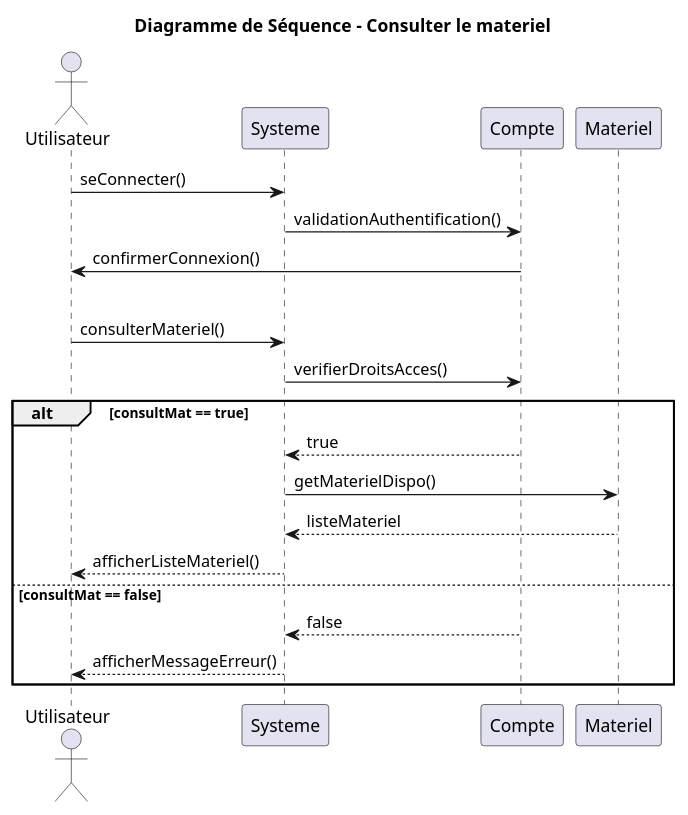
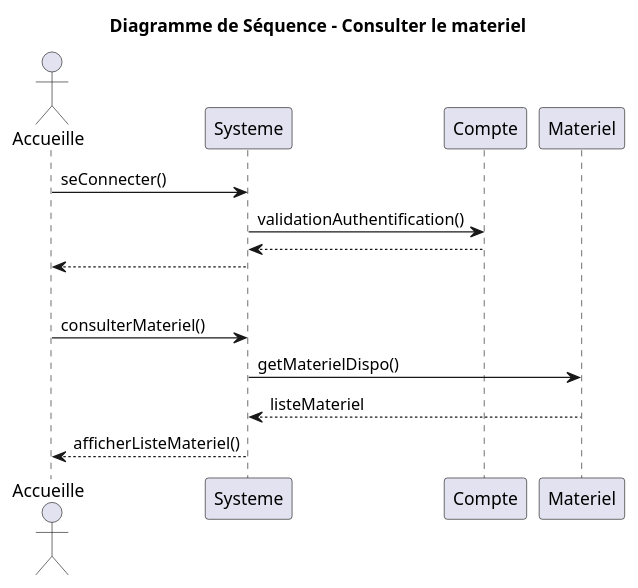
Before and after one commit to Egario54/ProjetClubNautique: the diagram in UML/Diagramme_sequence_consulter_materiel.puml, drawn with PlantUML. The commit also changed 15 other files, not shown here.

Commit message:
amélioration du diagramme de use case

```diff
--- a/UML/Diagramme_sequence_consulter_materiel.puml
+++ b/UML/Diagramme_sequence_consulter_materiel.puml
@@ -1,31 +1,25 @@
 @startuml
 title Diagramme de Séquence - Consulter le materiel
-actor Utilisateur
+actor Accueille
 participant Systeme
 participant Compte
 participant Materiel
 
 
 
 'Connexion à un compte'
-Utilisateur -> Systeme: seConnecter()
+Accueille -> Systeme: seConnecter()
 Systeme -> Compte: validationAuthentification()
-Compte -> Utilisateur: confirmerConnexion()
+return
+Systeme --> Accueille
 
 'Séparation'
 |||
 
-'Utilisateur consulte le matériel'
-Utilisateur -> Systeme : consulterMateriel()
-Systeme -> Compte : verifierDroitsAcces()
-alt consultMat == true
-    Compte --> Systeme : true
+'Accueille consulte le matériel'
+Accueille -> Systeme : consulterMateriel()
     Systeme -> Materiel : getMaterielDispo()
     Materiel --> Systeme : listeMateriel
-    Systeme --> Utilisateur : afficherListeMateriel()
-else consultMat == false
-    Compte --> Systeme : false
-    Systeme --> Utilisateur : afficherMessageErreur()
-end
+    Systeme --> Accueille : afficherListeMateriel()
 
 @enduml
```
